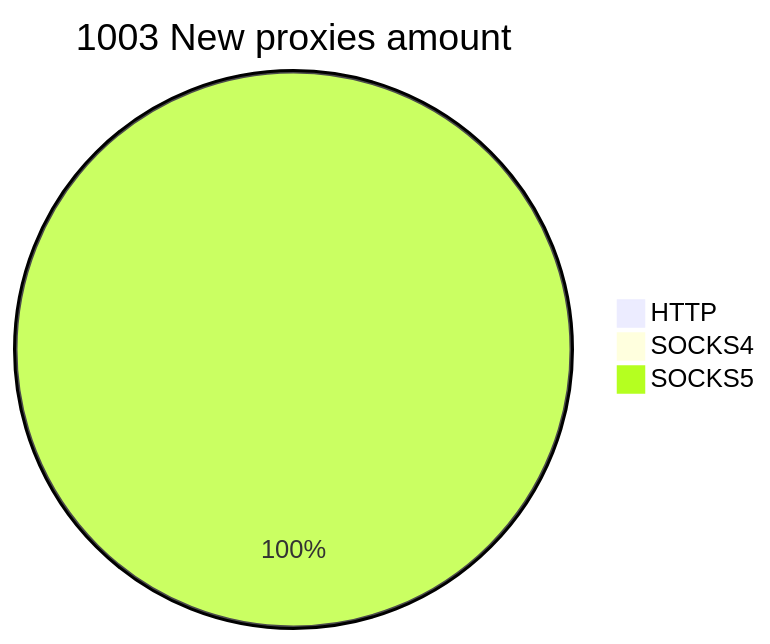
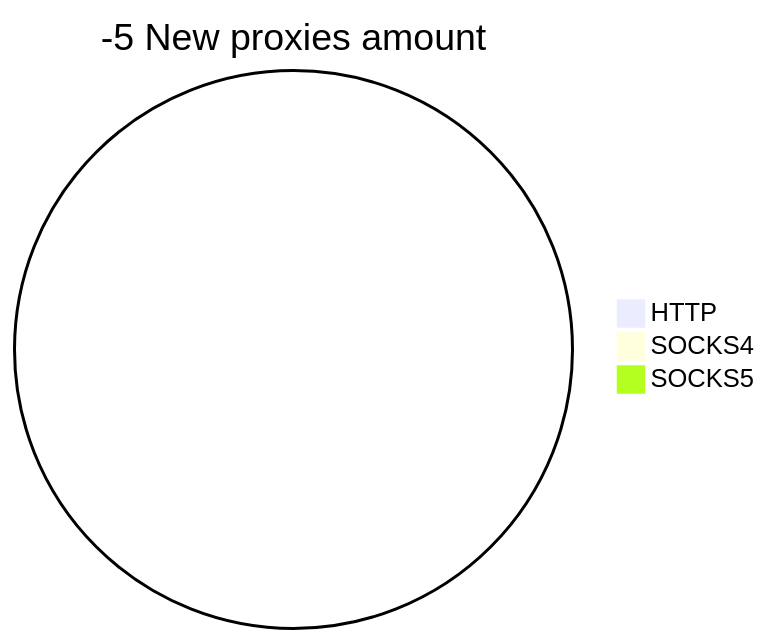
The second of 2 diagrams in README.md (cutipu/proxylist), drawn with Mermaid before and after one commit. The commit also changed other lines of this file, not shown here.

````diff
--- a/README.md
+++ b/README.md
@@ -10,6 +10,6 @@
 ```mermaid
-pie title 1003 New proxies amount
+pie title -5 New proxies amount
     "HTTP" : 0
     "SOCKS4" : 0
-    "SOCKS5" : 1003
+    "SOCKS5" : 0
 ```
````
